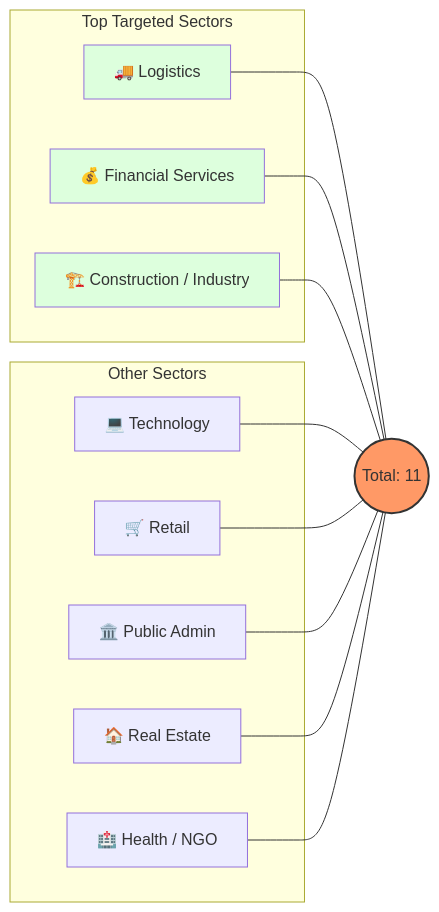
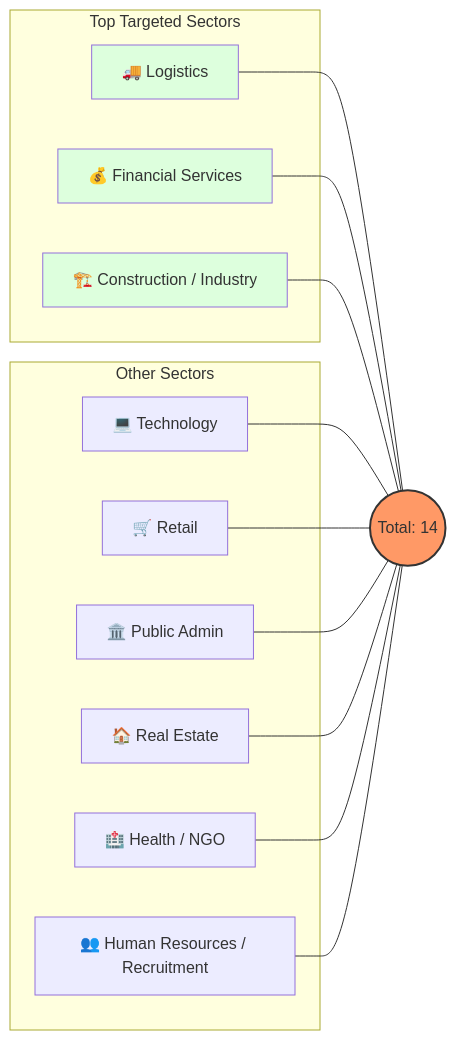
Before and after one commit to Hatchepsoute/AFRINTEL: the second of 4 diagrams in CyberAttackAfrica/2025/11-november/README.md, drawn with Mermaid. The commit also changed other lines of this file and 255 other files, not shown here.

````diff
--- a/CyberAttackAfrica/2025/11-november/README.md
+++ b/CyberAttackAfrica/2025/11-november/README.md
@@ -65,30 +68,32 @@
 ```mermaid
 graph LR
     subgraph "Top Targeted Sectors"
     L[🚚 Logistics]
     F[💰 Financial Services]
     I[🏗️ Construction / Industry]
     end
 
     subgraph "Other Sectors"
     T[💻 Technology]
     R[🛒 Retail]
     A[🏛️ Public Admin]
     RE[🏠 Real Estate]
     H[🏥 Health / NGO]
+    HR[👥 Human Resources / Recruitment]
     end
 
-    L --- Total((Total: 11))
+    L --- Total((Total: 14))
     F --- Total
     I --- Total
     T --- Total
     R --- Total
     A --- Total
     RE --- Total
     H --- Total
+    HR --- Total
 
     style Total fill:#f96,stroke:#333,stroke-width:2px
     style L fill:#dfd
     style F fill:#dfd
     style I fill:#dfd
 ```
````
